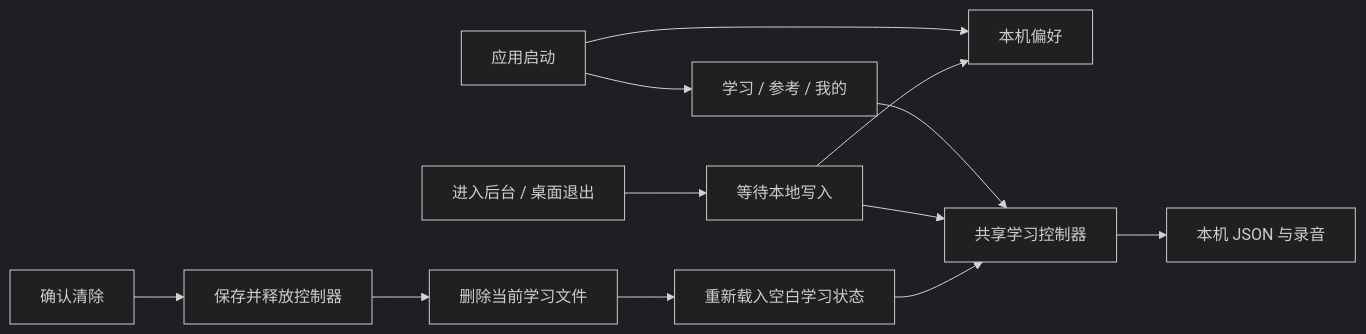
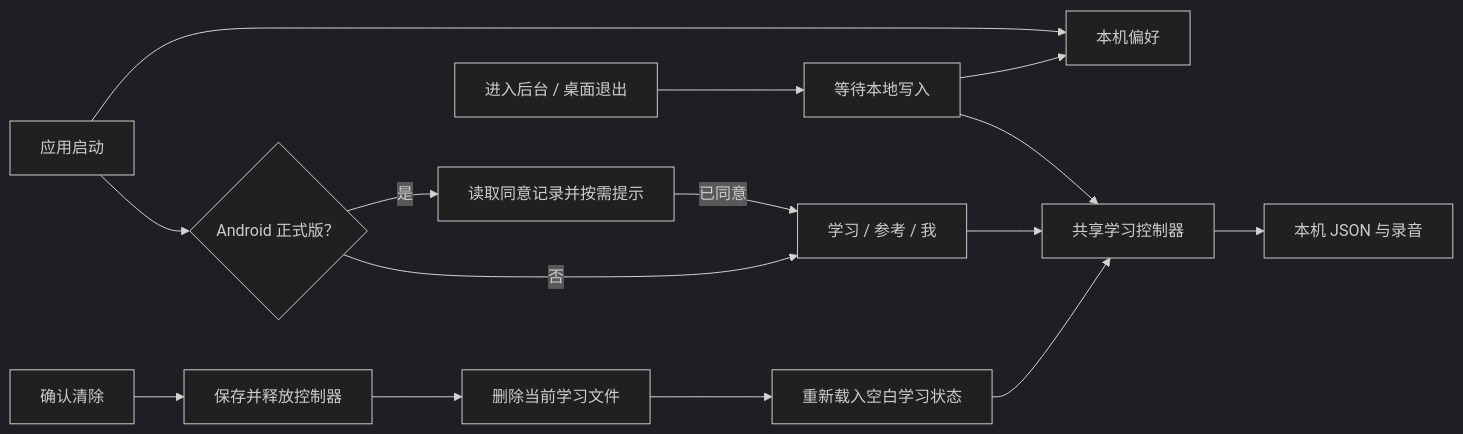
Before and after one commit to agentx-icu/morsecq: the diagram in doc/architecture/OFFLINE_LEARNING.zh-CN.md, drawn with Mermaid (dark theme). The commit also changed other lines of this file and 72 other files, not shown here.

````diff
--- a/doc/architecture/OFFLINE_LEARNING.zh-CN.md
+++ b/doc/architecture/OFFLINE_LEARNING.zh-CN.md
@@ -7,14 +7,17 @@
 ```mermaid
 flowchart LR
   Main[应用启动] --> Settings[本机偏好]
-  Main --> Shell[学习 / 参考 / 我的]
+  Main --> Android{Android 正式版？}
+  Android -->|是| Consent[读取同意记录并按需提示]
+  Consent -->|已同意| Shell[学习 / 参考 / 我]
+  Android -->|否| Shell
   Shell --> Host[共享学习控制器]
   Host --> Local[本机 JSON 与录音]
   Lifecycle[进入后台 / 桌面退出] --> Flush[等待本地写入]
   Flush --> Settings
   Flush --> Host
   Clear[确认清除] --> Retire[保存并释放控制器]
   Retire --> Delete[删除当前学习文件]
   Delete --> Reload[重新载入空白学习状态]
   Reload --> Host
 ```
````
